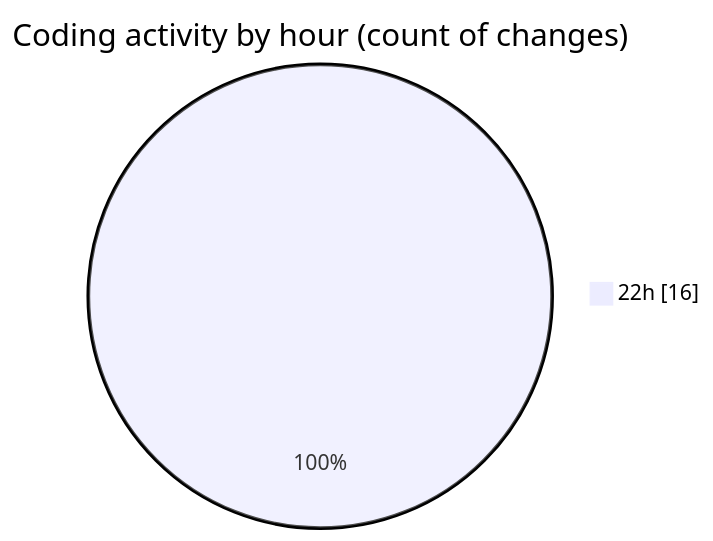
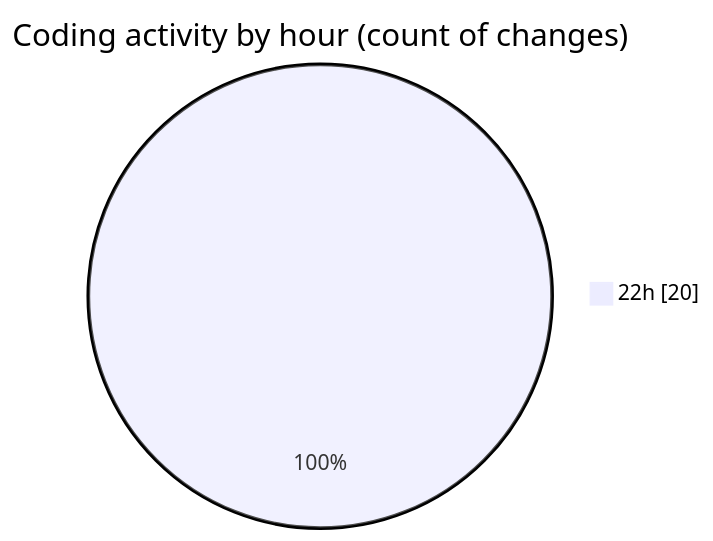
The second of 2 diagrams in 2025-06-06/androidsumapp/README.md (CELIANVF/code-tracking), drawn with Mermaid before and after one commit. The commit also changed other lines of this file and 1 other file, not shown here.

````diff
--- a/2025-06-06/androidsumapp/README.md
+++ b/2025-06-06/androidsumapp/README.md
@@ -31,5 +31,5 @@
 ```mermaid
 pie showData
 title Coding activity by hour (count of changes)
-"22h" : 16
+"22h" : 20
 ```
````
